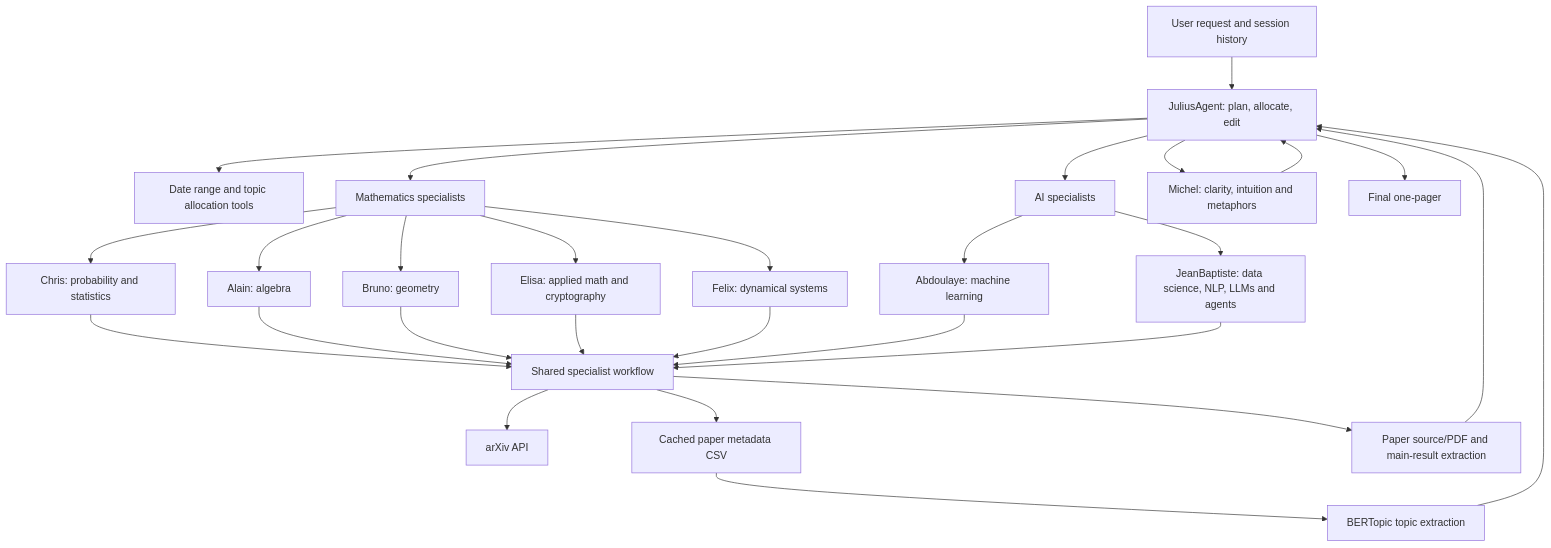
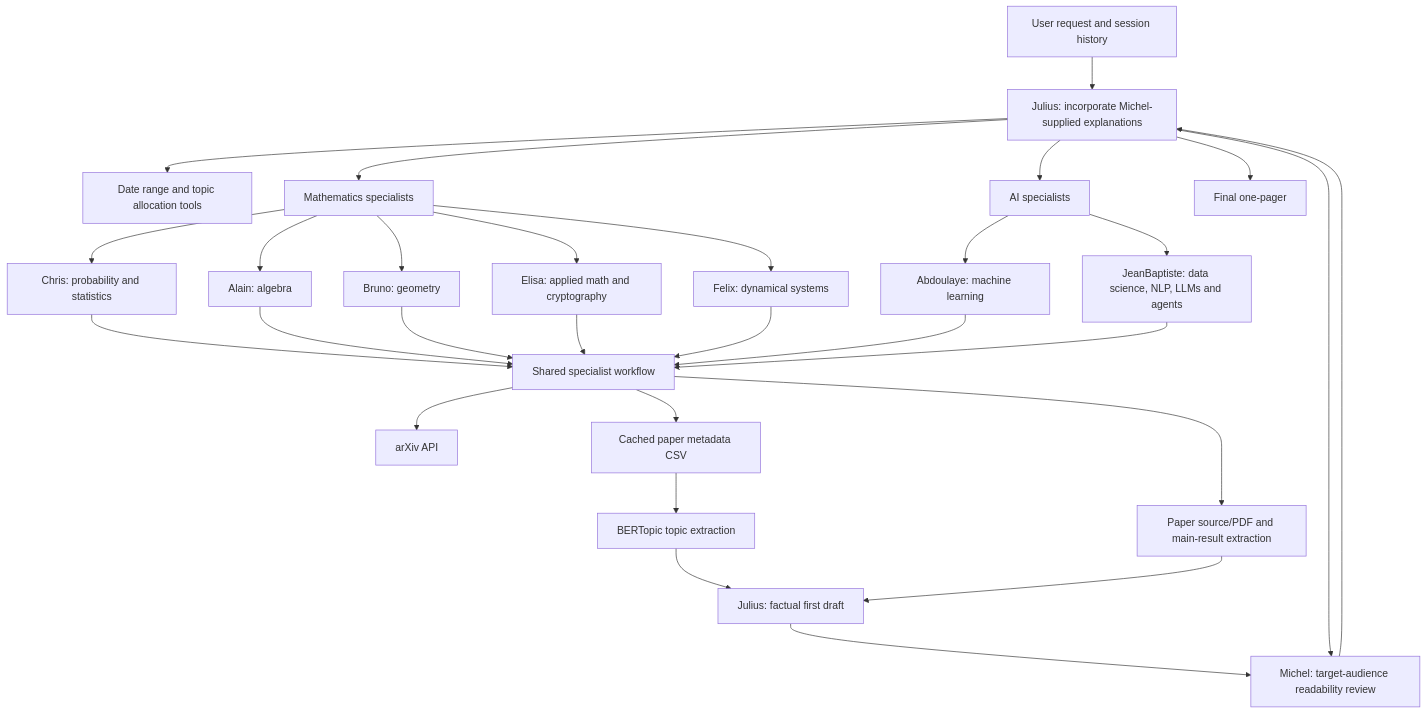
One commit to carlerik-gauthier/arxiv-editor changed the diagram in docs/WORKFLOW.md. Above: the diagram before and after it, drawn with Mermaid. The commit also changed other lines of this file and 5 other files, not shown here.

Commit message:
feat: improve relation between julius and michel

````diff
--- a/docs/WORKFLOW.md
+++ b/docs/WORKFLOW.md
@@ -13,23 +13,24 @@
 ```mermaid
 flowchart TD
     U[User request and session history] --> J[JuliusAgent: plan, allocate, edit]
     J --> D[Date range and topic allocation tools]
     J --> MATH[Mathematics specialists]
     J --> AI[AI specialists]
     MATH --> C[Chris: probability and statistics]
     MATH --> A[Alain: algebra]
     MATH --> B[Bruno: geometry]
     MATH --> E[Elisa: applied math and cryptography]
     MATH --> F[Felix: dynamical systems]
     AI --> AB[Abdoulaye: machine learning]
     AI --> JB[JeanBaptiste: data science, NLP, LLMs and agents]
     C & A & B & E & F & AB & JB --> W[Shared specialist workflow]
     W --> X[arXiv API]
     W --> CSV[Cached paper metadata CSV]
     CSV --> T[BERTopic topic extraction]
     W --> R[Paper source/PDF and main-result extraction]
-    T & R --> J
-    J --> MI[Michel: clarity, intuition and metaphors]
-    MI --> J
+    T & R --> DRAFT[Julius: factual first draft]
+    DRAFT --> MI[Michel: target-audience readability review]
+    MI --> J[Julius: incorporate Michel-supplied explanations]
+    J --> MI
     J --> O[Final one-pager]
 ```
````
